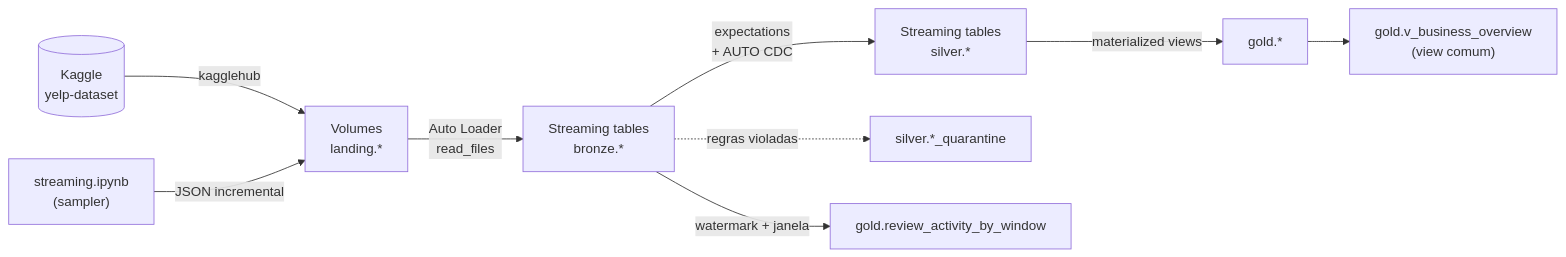
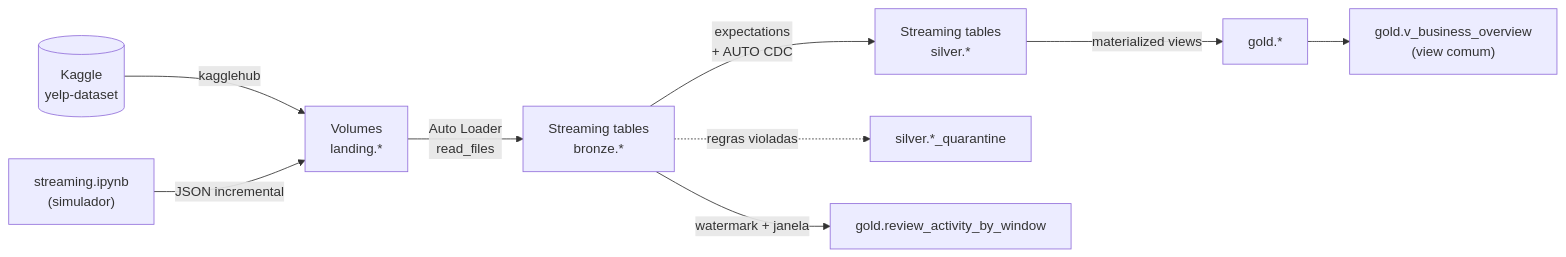
One commit to rehpires/yelp-dataset-spark changed the diagram in README.md. Above: the diagram before and after it, drawn with Mermaid. The commit also changed other lines of this file, not shown here.

````diff
--- a/README.md
+++ b/README.md
@@ -7,11 +13,11 @@
 ```mermaid
 flowchart LR
     kaggle[("Kaggle\nyelp-dataset")] -->|kagglehub| landing["Volumes\nlanding.*"]
-    sim["streaming.ipynb\n(sampler)"] -->|JSON incremental| landing
+    sim["streaming.ipynb\n(simulador)"] -->|JSON incremental| landing
     landing -->|Auto Loader\nread_files| bronze["Streaming tables\nbronze.*"]
     bronze -->|expectations\n+ AUTO CDC| silver["Streaming tables\nsilver.*"]
     bronze -.->|regras violadas| quarantine["silver.*_quarantine"]
     silver -->|materialized views| gold["gold.*"]
     bronze -->|watermark + janela| window["gold.review_activity_by_window"]
     gold --> view["gold.v_business_overview\n(view comum)"]
 ```
````
